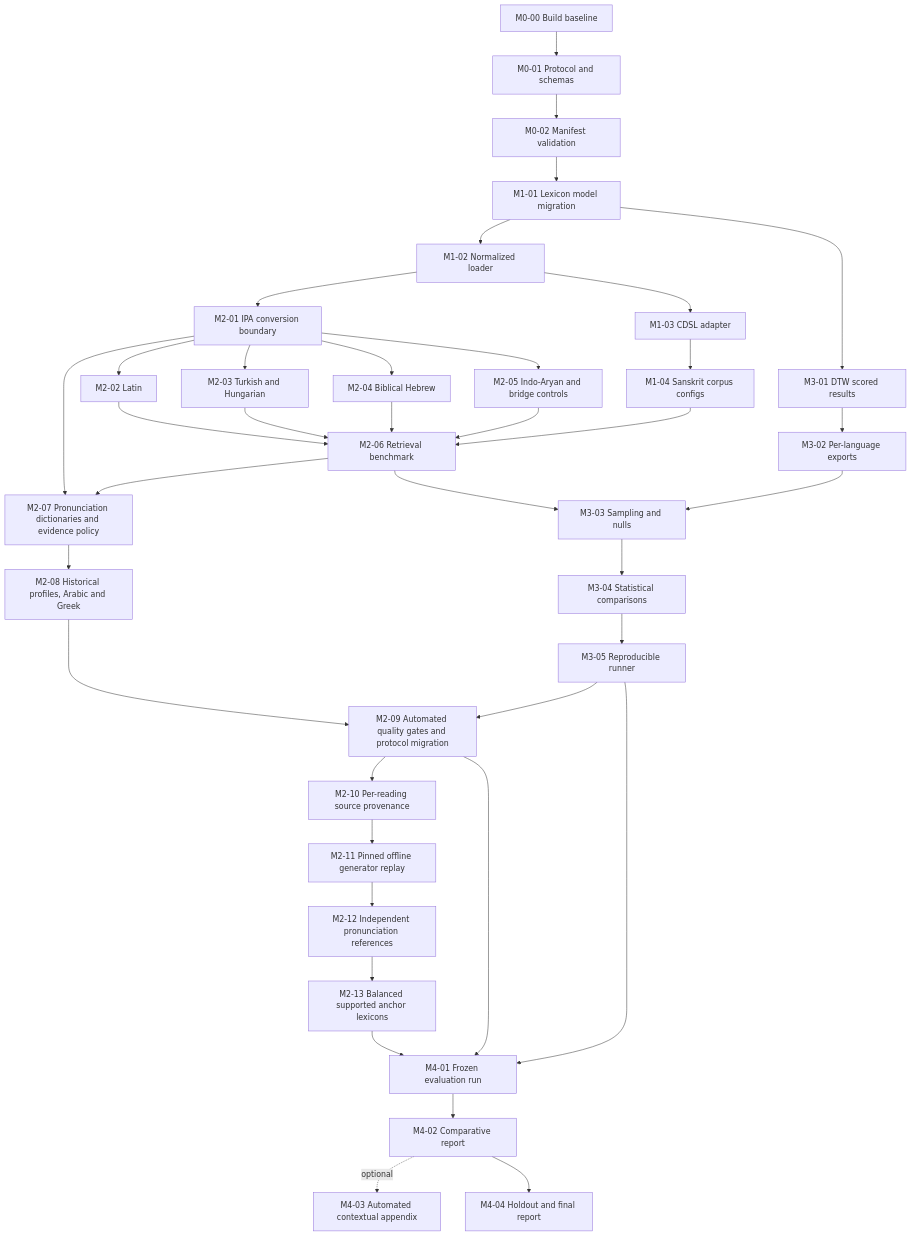
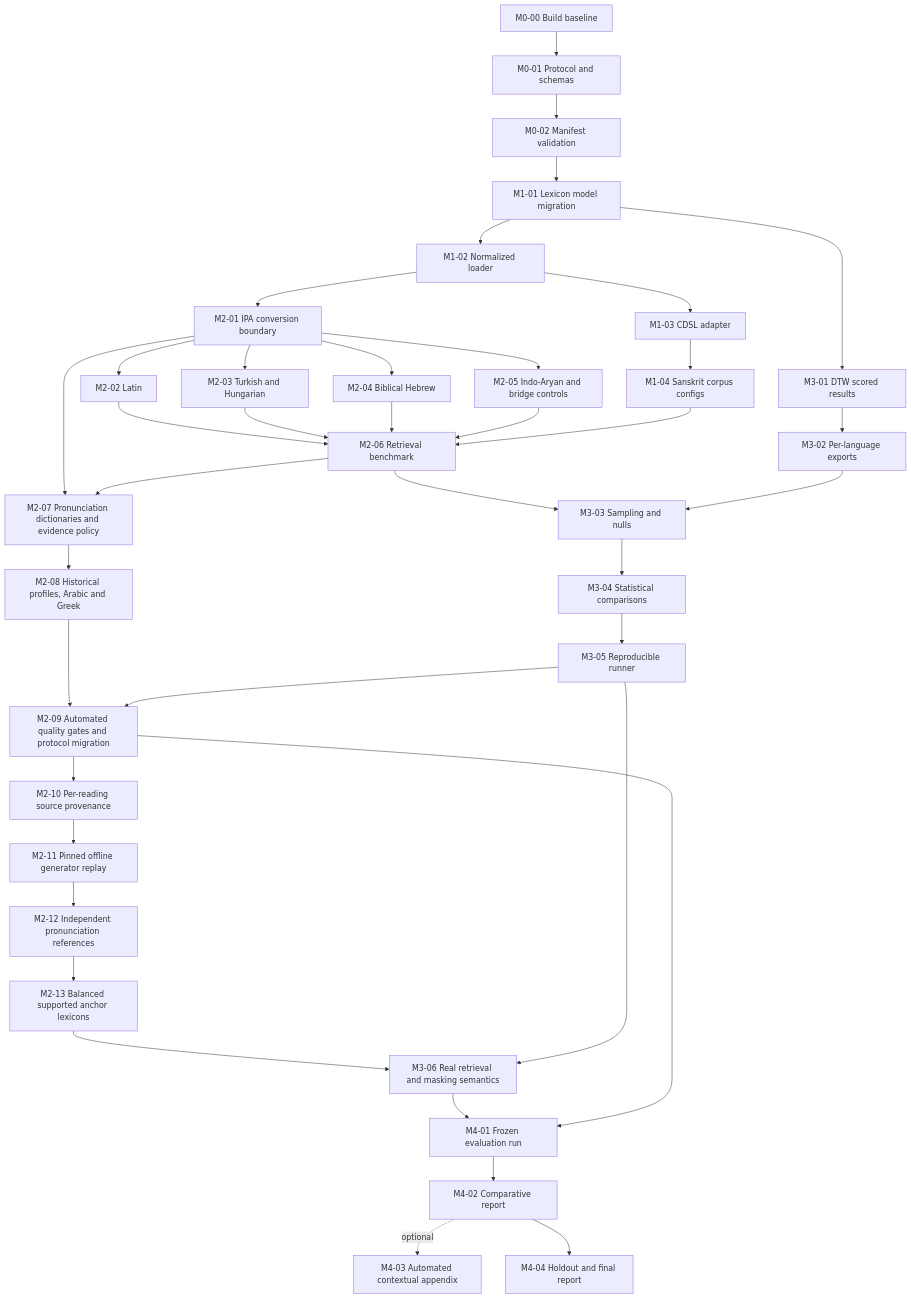
Before and after one commit to chalcolith/enochian: the diagram in docs/milestone-pr-specs.md, drawn with Mermaid. The commit also changed other lines of this file and 25 other files, not shown here.

````diff
--- a/docs/milestone-pr-specs.md
+++ b/docs/milestone-pr-specs.md
@@ -66,40 +66,42 @@
 ```mermaid
 flowchart TD
     M000[M0-00 Build baseline] --> M001[M0-01 Protocol and schemas]
     M001 --> M002[M0-02 Manifest validation]
     M002 --> M101[M1-01 Lexicon model migration]
     M101 --> M102[M1-02 Normalized loader]
     M102 --> M103[M1-03 CDSL adapter]
     M103 --> M104[M1-04 Sanskrit corpus configs]
     M102 --> M201[M2-01 IPA conversion boundary]
     M201 --> M202[M2-02 Latin]
     M201 --> M203[M2-03 Turkish and Hungarian]
     M201 --> M204[M2-04 Biblical Hebrew]
     M201 --> M205[M2-05 Indo-Aryan and bridge controls]
     M202 --> M206[M2-06 Retrieval benchmark]
     M203 --> M206
     M204 --> M206
     M205 --> M206
     M104 --> M206
     M101 --> M301[M3-01 DTW scored results]
     M301 --> M302[M3-02 Per-language exports]
     M206 --> M303[M3-03 Sampling and nulls]
     M302 --> M303
     M303 --> M304[M3-04 Statistical comparisons]
     M304 --> M305[M3-05 Reproducible runner]
     M201 --> M207[M2-07 Pronunciation dictionaries and evidence policy]
     M206 --> M207
     M207 --> M208[M2-08 Historical profiles, Arabic and Greek]
     M208 --> M209[M2-09 Automated quality gates and protocol migration]
     M305 --> M209
     M209 --> M210[M2-10 Per-reading source provenance]
     M210 --> M211[M2-11 Pinned offline generator replay]
     M211 --> M212[M2-12 Independent pronunciation references]
     M212 --> M213[M2-13 Balanced supported anchor lexicons]
-    M213 --> M401
+    M213 --> M306[M3-06 Real retrieval and masking semantics]
+    M305 --> M306
+    M306 --> M401
     M209 --> M401
-    M305 --> M401[M4-01 Frozen evaluation run]
+    M401[M4-01 Frozen evaluation run]
     M401 --> M402[M4-02 Comparative report]
     M402 -. optional .-> M403[M4-03 Automated contextual appendix]
     M402 --> M404[M4-04 Holdout and final report]
 ```
````
